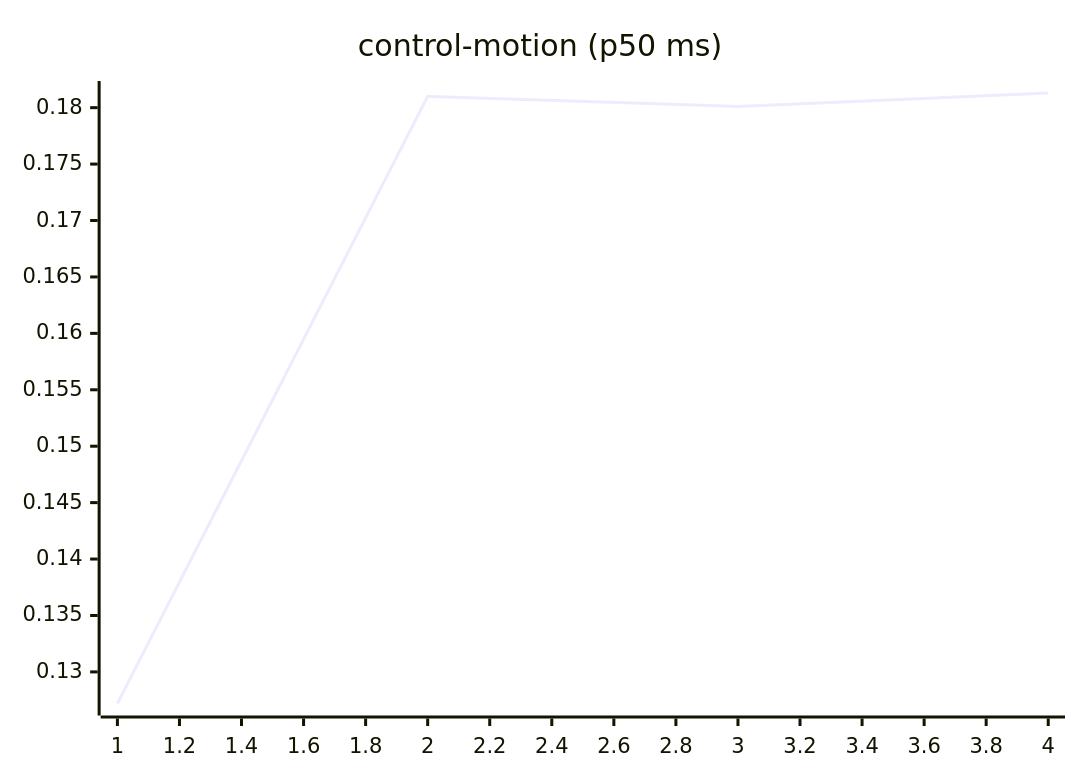
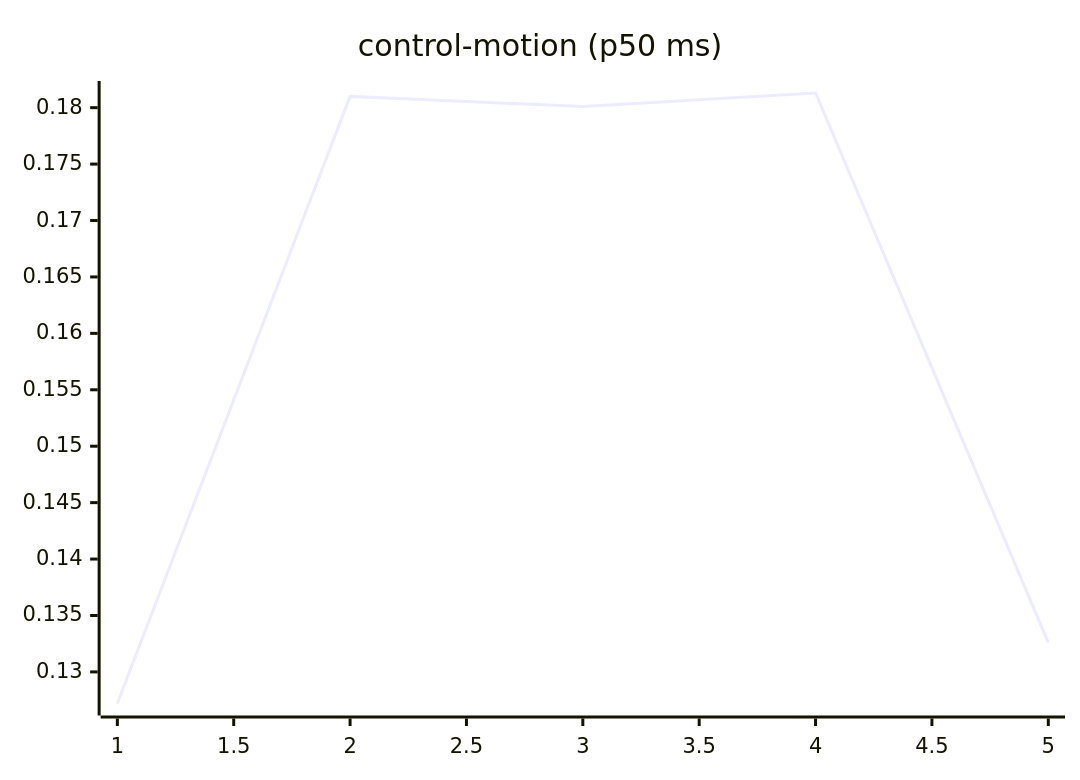
One commit to josha/Facet changed the seventh of 27 diagrams in README.md. Above: the diagram before and after it, drawn with Mermaid. The commit also changed other lines of this file and 2 other files, not shown here.

````diff
--- a/README.md
+++ b/README.md
@@ -105,6 +105,6 @@
 ```mermaid
 xychart-beta
     title "control-motion (p50 ms)"
-    x-axis 1 --> 4
-    line [0.1272, 0.1810, 0.1801, 0.1813]
+    x-axis 1 --> 5
+    line [0.1272, 0.1810, 0.1801, 0.1813, 0.1326]
 ```
````
